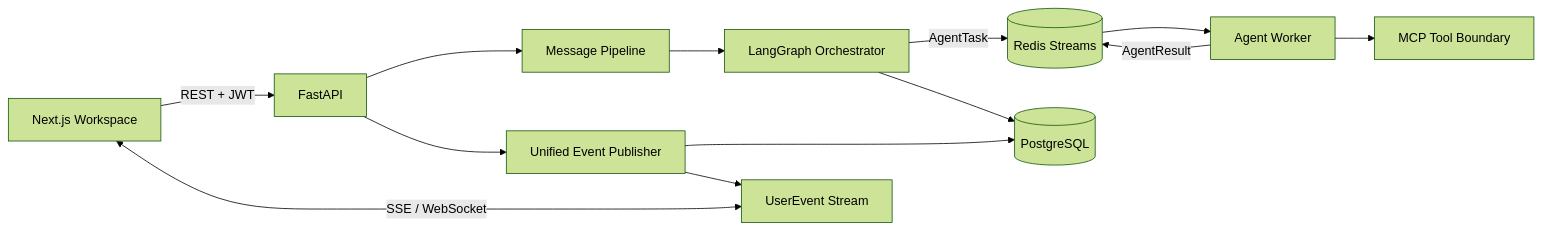
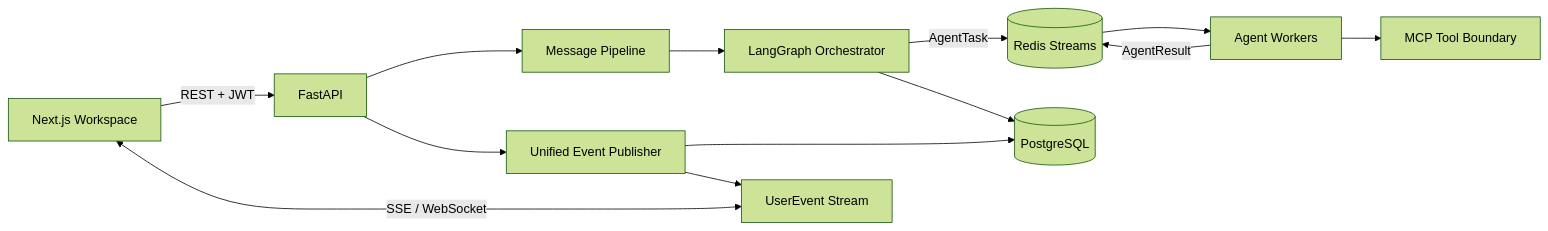
One commit to TusharSharma77/Nexis changed the diagram in .github/README.md. Above: the diagram before and after it, drawn with Mermaid (forest theme). The commit also changed other lines of this file and 87 other files, not shown here.

````diff
--- a/.github/README.md
+++ b/.github/README.md
@@ -25,15 +30,15 @@
 ```mermaid
 flowchart LR
     UI[Next.js Workspace] -->|REST + JWT| API[FastAPI]
     UI <-->|SSE / WebSocket| EVENTS[UserEvent Stream]
     API --> PIPE[Message Pipeline]
     PIPE --> GRAPH[LangGraph Orchestrator]
     GRAPH -->|AgentTask| BUS[(Redis Streams)]
-    BUS --> WORKER[Agent Worker]
+    BUS --> WORKER[Agent Workers]
     WORKER -->|AgentResult| BUS
     WORKER --> MCP[MCP Tool Boundary]
     GRAPH --> PG[(PostgreSQL)]
     API --> PUB[Unified Event Publisher]
     PUB --> PG
     PUB --> EVENTS
 ```
````
